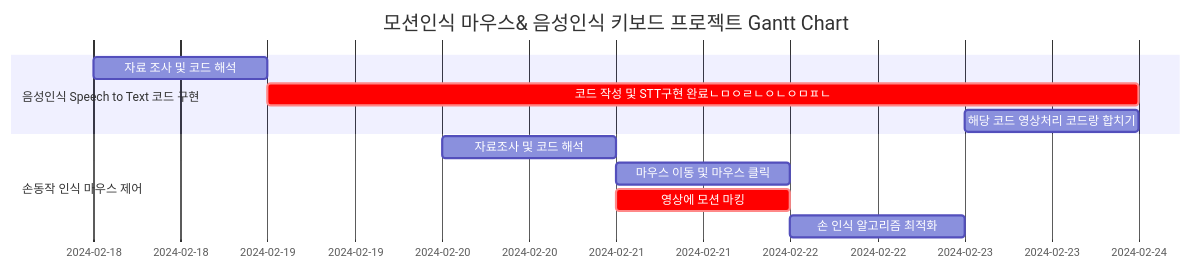
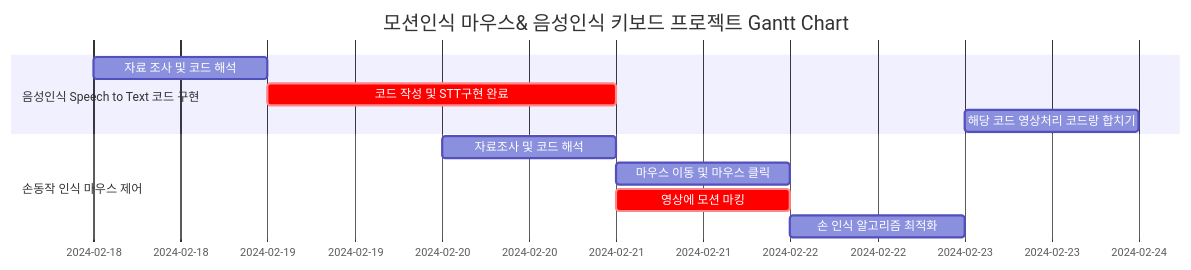
The diagram in README.md (CodeMystero/motionKeyboardMouse), drawn with Mermaid before and after one commit.

````diff
--- a/README.md
+++ b/README.md
@@ -58,16 +58,16 @@
 ```mermaid
 gantt
     dateFormat  MM-DD-YYYY
     title       모션인식 마우스& 음성인식 키보드 프로젝트 Gantt Chart
 	
 	section 음성인식 Speech to Text 코드 구현
 		자료 조사 및 코드 해석 :2024-02-18, 1d
-                코드 작성 및 STT구현 완료ㄴㅁㅇㄹㄴㅇㄴㅇㅁㅍㄴ  :crit, 2024-02-19, 5d
+                코드 작성 및 STT구현 완료  :crit, 2024-02-19, 2d
 		해당 코드 영상처리 코드랑 합치기 :2024-02-23, 1d
 	
 	section 손동작 인식 마우스 제어
 		자료조사 및 코드 해석	: 2024-02-20, 1d
 		마우스 이동 및 마우스 클릭 : 2024-02-21, 1d
                 영상에 모션 마킹  :crit, 2024-02-21, 1d
 		손 인식 알고리즘 최적화 : 2024-02-22, 1d
 ```
````
